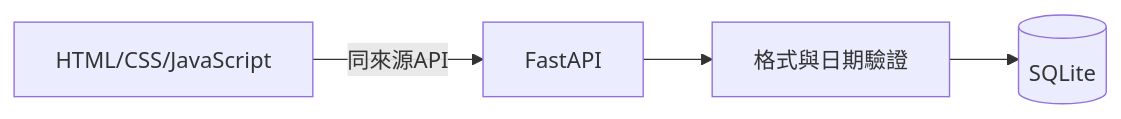
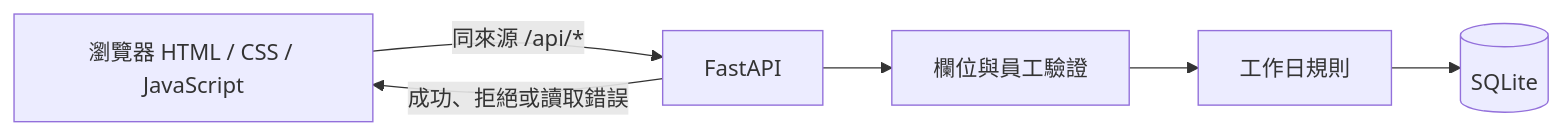
Before and after one commit to Zenobia000/leavebot-bootcamp: the diagram in docs/04-sad.md, drawn with Mermaid. The commit also changed other lines of this file and 9 other files, not shown here.

````diff
--- a/docs/04-sad.md
+++ b/docs/04-sad.md
@@ -2,6 +7,8 @@
 ```mermaid
 flowchart LR
-    B[HTML/CSS/JavaScript] -->|同來源API| A[FastAPI]
-    A --> V[格式與日期驗證]
-    V --> D[(SQLite)]
+    B[瀏覽器 HTML / CSS / JavaScript] -->|"同來源 /api/*"| A[FastAPI]
+    A --> V[欄位與員工驗證]
+    V --> R[工作日規則]
+    R --> D[(SQLite)]
+    A -->|"成功、拒絕或讀取錯誤"| B
 ```
````
